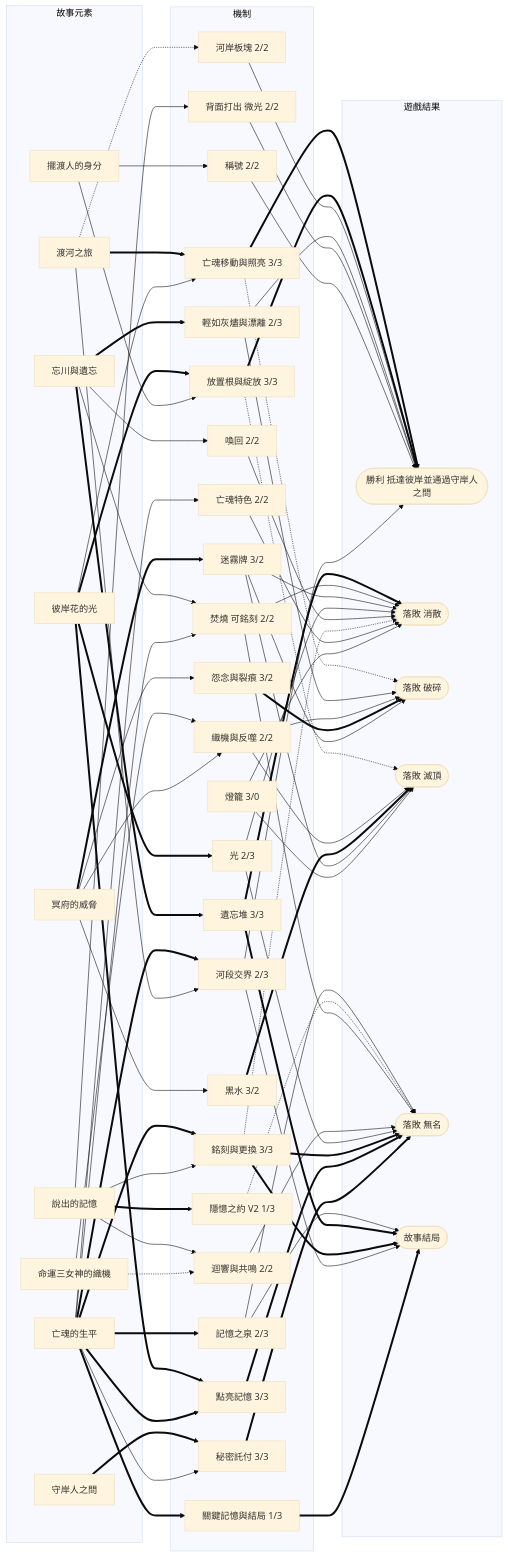
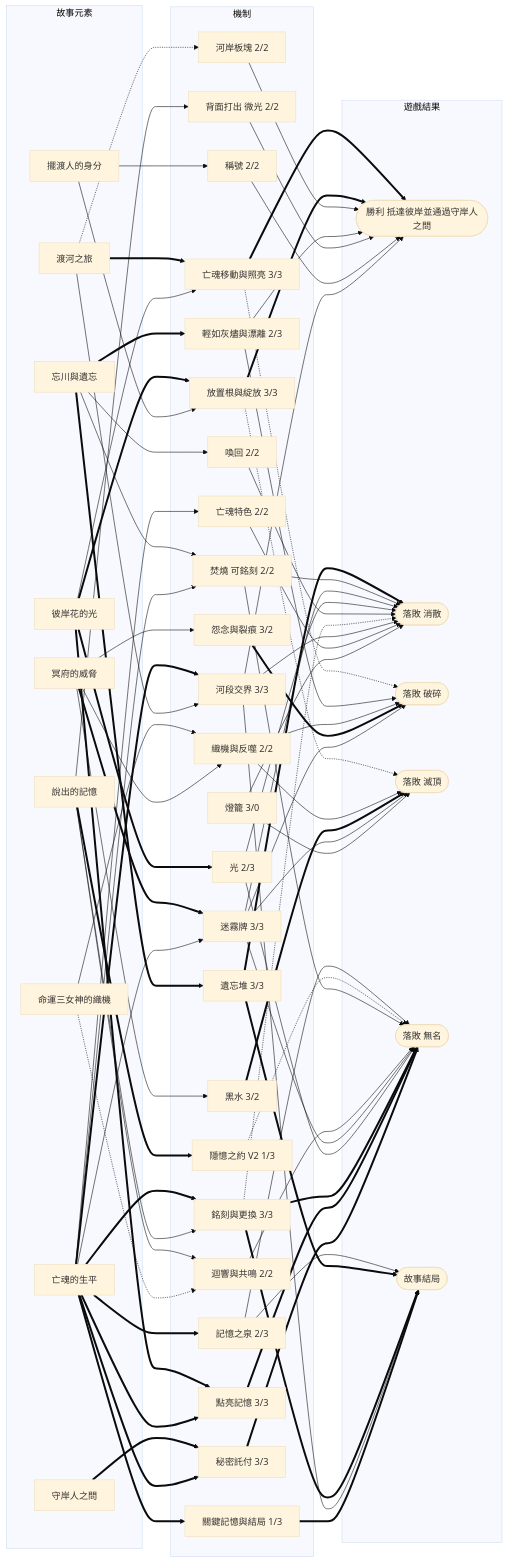
One commit to Ralph-Liu-Hub/Boardgame-Netherbloom changed the diagram in docs/design/V2-proposal.zh-TW.md. Above: the diagram before and after it, drawn with Mermaid (base theme). The commit also changed other lines of this file, not shown here.

```diff
--- a/docs/design/V2-proposal.zh-TW.md
+++ b/docs/design/V2-proposal.zh-TW.md
@@ -283,14 +361,14 @@
     M13[織機與反噬 2/2]
     M14[黑水 3/2]
     M15[怨念與裂痕 3/2]
-    M16[迷霧牌 3/2]
+    M16[迷霧牌 3/3]
     M17[光 2/3]
     M18[喚回 2/2]
     M19[稱號 2/2]
     M20[銘刻與更換 3/3]
     M21[點亮記憶 3/3]
     M22[秘密託付 3/3]
-    M23[河段交界 2/3]
+    M23[河段交界 3/3]
     M24[關鍵記憶與結局 1/3]
     M25[亡魂特色 2/2]
     M26[燈籠 3/0]
@@ -324,6 +402,7 @@
   S6 --> M14
   S6 --> M15
   S6 ==> M16
+  S7 --> M16
   S2 ==> M17
   S3 --> M18
   S8 --> M19
@@ -332,7 +411,7 @@
   S2 ==> M21
   S7 ==> M21
   S9 ==> M22
-  S7 --> M22
+  S7 ==> M22
   S7 ==> M23
   S1 --> M23
   S7 ==> M24
@@ -361,6 +440,7 @@
   M16 --> O2
   M16 --> O3
   M16 --> O4
+  M16 --> O6
   M17 --> O6
   M17 --> O2
   M18 --> O2
@@ -371,6 +451,7 @@
   M21 ==> O6
   M22 ==> O6
   M23 --> O1
+  M23 --> O2
   M23 --> O5
   M24 ==> O5
   M25 --> O2
```
